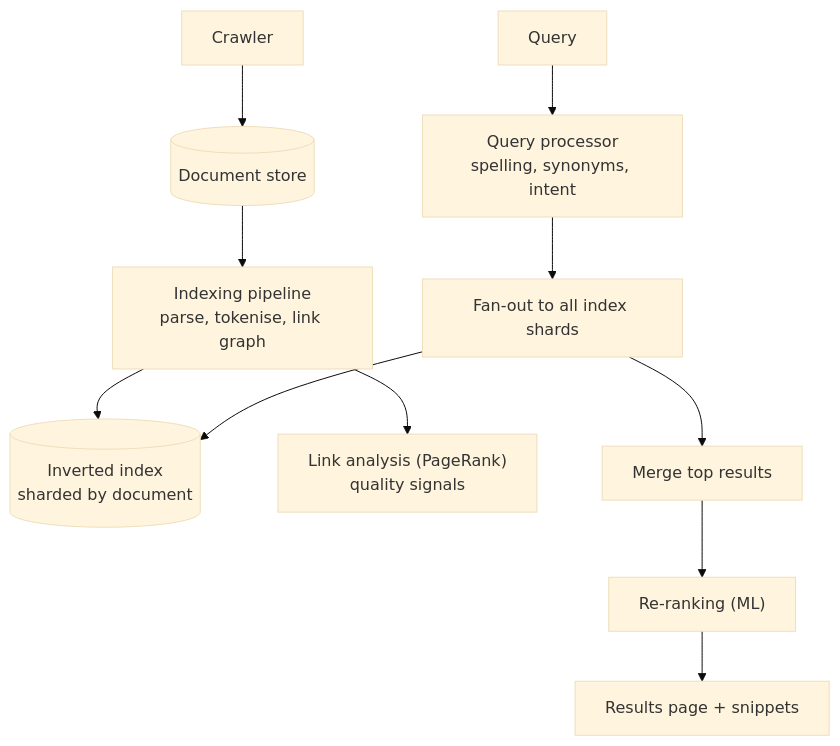
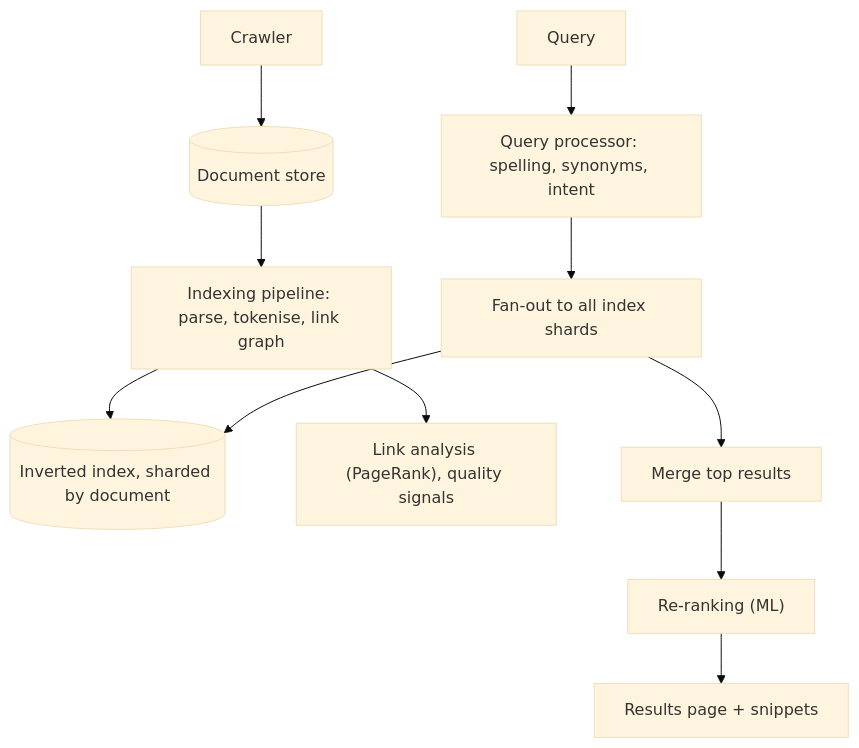
Diagram 12 of 22 in topics/17-designs-social-media.md (AkshayAshokCode/System-Design-Interview-Questions-and-Answers), drawn with Mermaid (base theme) before and after one commit. The commit also changed other lines of this file and 4 other files, not shown here.

````diff
--- a/topics/17-designs-social-media.md
+++ b/topics/17-designs-social-media.md
@@ -328,13 +754,13 @@
 ```mermaid
 flowchart TD
     CR["Crawler"] --> DOC[("Document store")]
-    DOC --> IDX["Indexing pipeline<br/>parse, tokenise, link graph"]
-    IDX --> INV[("Inverted index<br/>sharded by document")]
-    IDX --> PR["Link analysis (PageRank)<br/>quality signals"]
-    Q["Query"] --> QP["Query processor<br/>spelling, synonyms, intent"]
+    DOC --> IDX["Indexing pipeline: parse, tokenise, link graph"]
+    IDX --> INV[("Inverted index, sharded by document")]
+    IDX --> PR["Link analysis (PageRank), quality signals"]
+    Q["Query"] --> QP["Query processor: spelling, synonyms, intent"]
     QP --> FAN["Fan-out to all index shards"]
     FAN --> INV
     FAN --> MER["Merge top results"]
     MER --> RR["Re-ranking (ML)"]
     RR --> SERP["Results page + snippets"]
 ```
````
